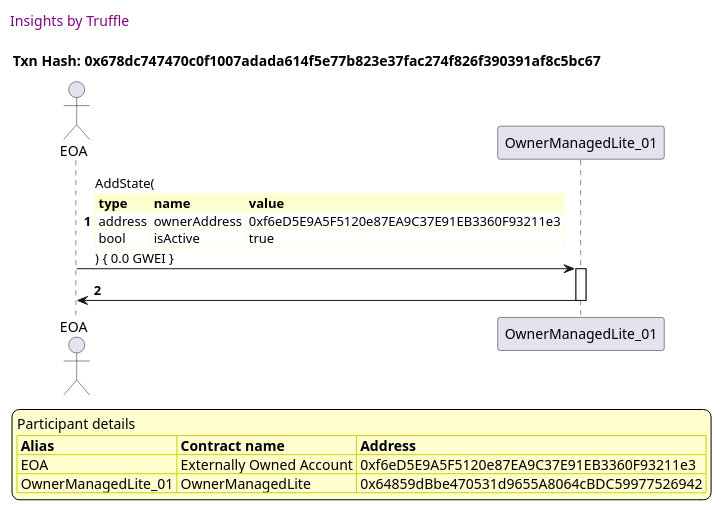
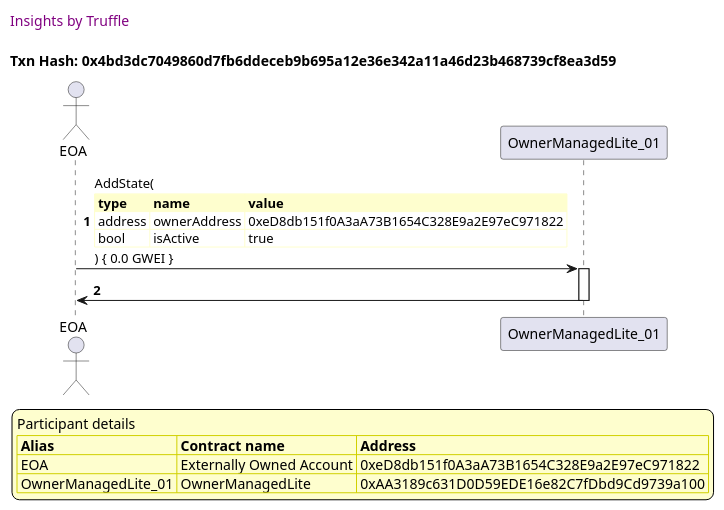
The eighth of 15 diagrams in truffle-seq/OwnerManagedLite_test_agree_to_state_change.md (thedarkjester/ConsensysAssignment), drawn with PlantUML before and after one commit. The commit also changed other lines of this file and 13 other files, not shown here.

````diff
--- a/truffle-seq/OwnerManagedLite_test_agree_to_state_change.md
+++ b/truffle-seq/OwnerManagedLite_test_agree_to_state_change.md
@@ -338,41 +338,41 @@
 ```plantuml
 
 
 @startuml
 
 autonumber
 skinparam legendBackgroundColor #FEFECE
 
 <style>
       header {
         HorizontalAlignment left
         FontColor purple
         FontSize 14
         Padding 10
       }
     </style>
 
 header Insights by Truffle
 
-title Txn Hash: 0x678dc747470c0f1007adada614f5e77b823e37fac274f826f390391af8c5bc67
+title Txn Hash: 0x4bd3dc7049860d7fb6ddeceb9b695a12e36e342a11a46d23b468739cf8ea3d59
 
 
 actor EOA as "EOA"
 participant OwnerManagedLite_01 as "OwnerManagedLite_01"
 
 "EOA" -> "OwnerManagedLite_01" ++: AddState(\n\
 <#FEFECE,#FEFECE>|= type |= name |= value |\n\
-| address | ownerAddress | 0xf6eD5E9A5F5120e87EA9C37E91EB3360F93211e3 |\n\
+| address | ownerAddress | 0xeD8db151f0A3aA73B1654C328E9a2E97eC971822 |\n\
 | bool | isActive | true |\n\
 ) { 0.0 GWEI }
 "OwnerManagedLite_01" -> "EOA" --: 
 
 legend
 Participant details
 <#FEFECE,#D0D000>|= Alias |= Contract name |= Address |
-<#FEFECE>| EOA | Externally Owned Account | 0xf6eD5E9A5F5120e87EA9C37E91EB3360F93211e3 |
-<#FEFECE>| OwnerManagedLite_01 | OwnerManagedLite | 0x64859dBbe470531d9655A8064cBDC59977526942 |
+<#FEFECE>| EOA | Externally Owned Account | 0xeD8db151f0A3aA73B1654C328E9a2E97eC971822 |
+<#FEFECE>| OwnerManagedLite_01 | OwnerManagedLite | 0xAA3189c631D0D59EDE16e82C7fDbd9Cd9739a100 |
 endlegend
 
 @enduml
 ```
````
